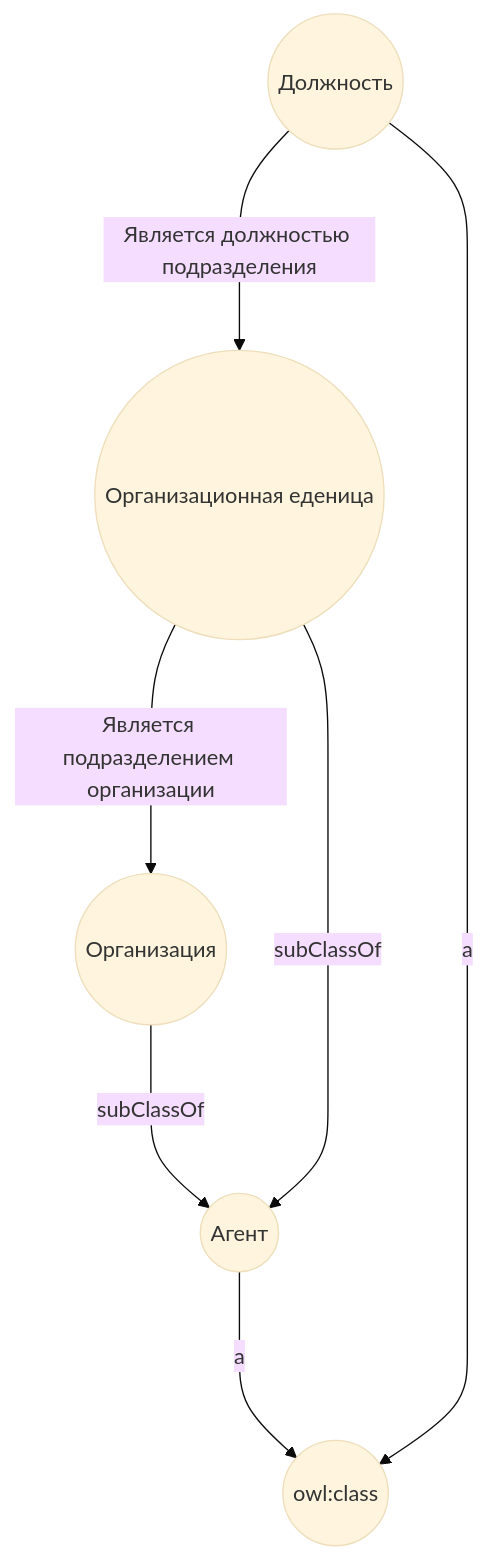
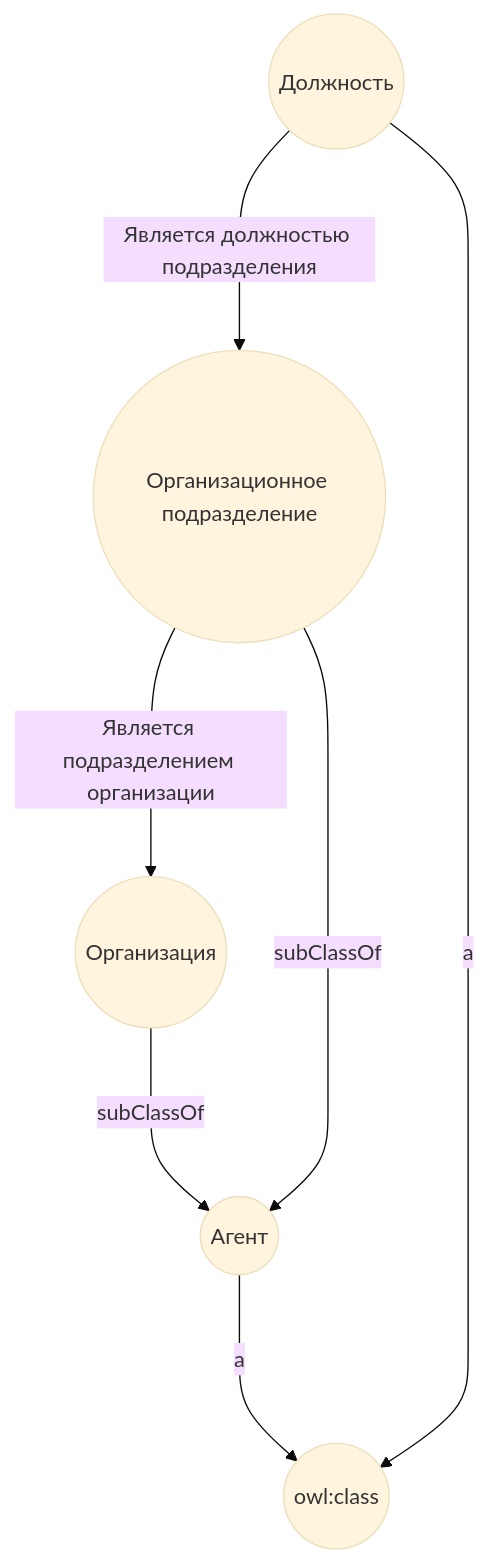
One commit to cnstntn-kndrtv/cnstntn-kndrtv.github.io changed the diagram in _posts/2021-09-20-docker-fuseki.md. Above: the diagram before and after it, drawn with Mermaid (base theme).

Commit message:
fix: :ambulance:

````diff
--- a/_posts/2021-09-20-docker-fuseki.md
+++ b/_posts/2021-09-20-docker-fuseki.md
@@ -22,9 +22,9 @@
 ```mermaid
 graph
     agent((Агент)) --->|a| cls((owl:class))
     org((Организация)) --->|subClassOf| agent
-    ou((Организационная еденица)) --->|subClassOf| agent
+    ou((Организационное подразделение)) --->|subClassOf| agent
     post((Должность)) --->|a| cls
     post --->|Является должностью подразделения| ou
     ou --->|Является подразделением организации| org
 ```
````
